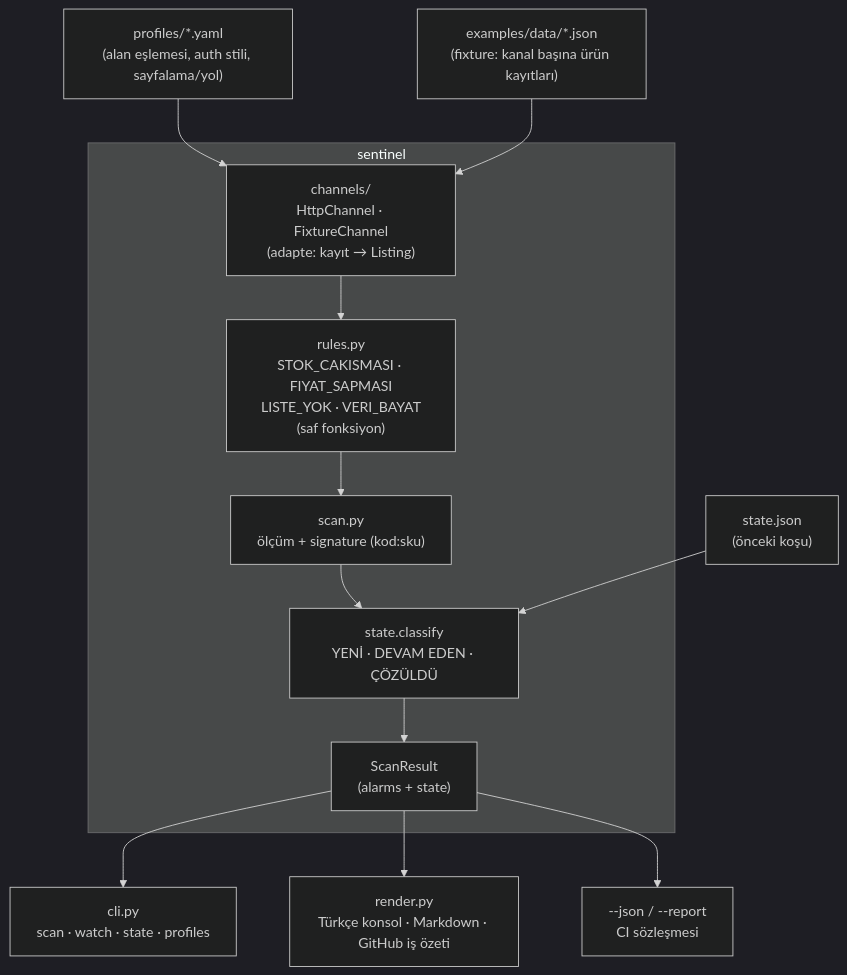
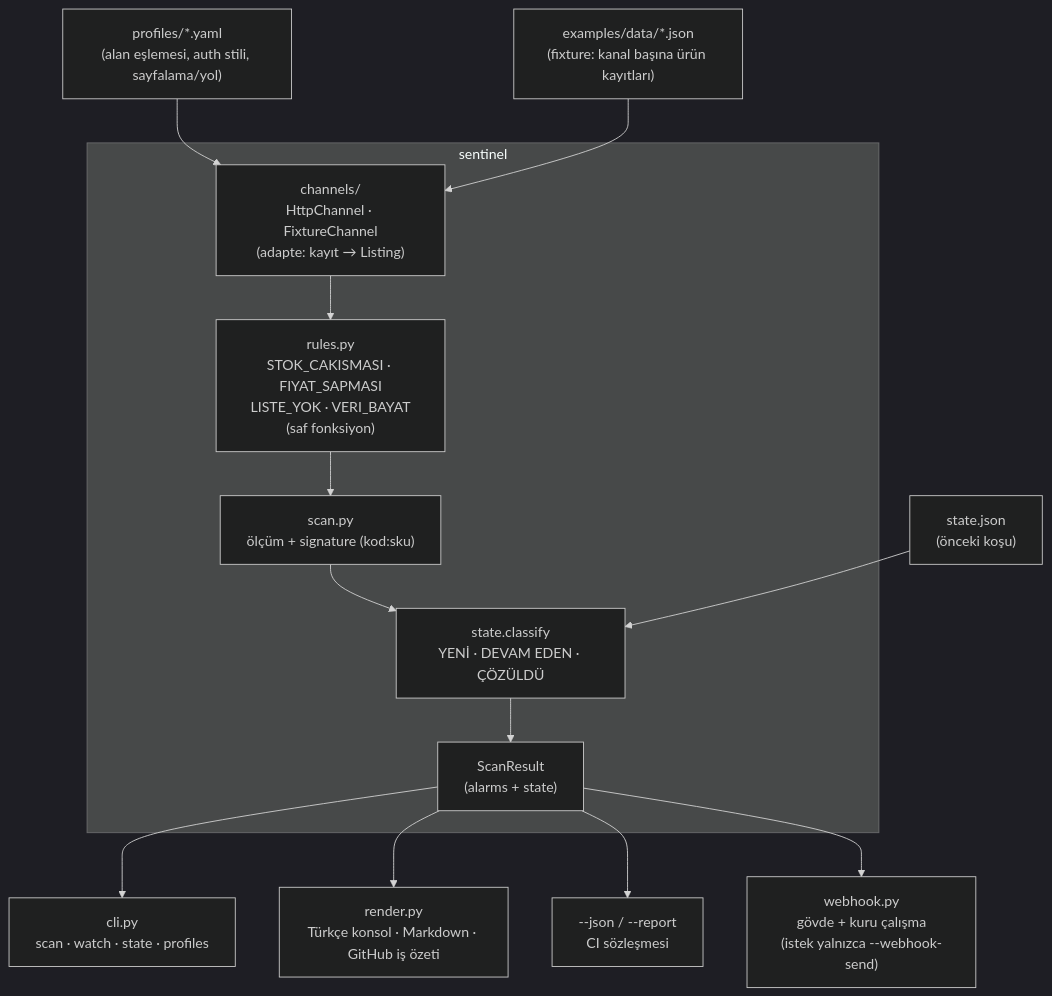
One commit to acar32furkan-glitch/marketplace-sentinel changed the diagram in docs/architecture.md. Above: the diagram before and after it, drawn with Mermaid (dark theme). The commit also changed other lines of this file and 14 other files, not shown here.

First line of the commit message:
feat(webhook): alarm gövdesini kuru çalışma varsayılanıyla dışarı POST et

````diff
--- a/docs/architecture.md
+++ b/docs/architecture.md
@@ -7,18 +9,19 @@
 ```mermaid
 flowchart TD
     prof["profiles/*.yaml<br/>(alan eşlemesi, auth stili, sayfalama/yol)"] --> ch
     fx["examples/data/*.json<br/>(fixture: kanal başına ürün kayıtları)"] --> ch
 
     subgraph core["sentinel"]
         ch["channels/<br/>HttpChannel · FixtureChannel<br/>(adapte: kayıt → Listing)"]
         ch --> rules["rules.py<br/>STOK_CAKISMASI · FIYAT_SAPMASI<br/>LISTE_YOK · VERI_BAYAT<br/>(saf fonksiyon)"]
         rules --> scan["scan.py<br/>ölçüm + signature (kod:sku)"]
         scan --> classify["state.classify<br/>YENİ · DEVAM EDEN · ÇÖZÜLDÜ"]
         classify --> result["ScanResult<br/>(alarms + state)"]
     end
 
     st["state.json<br/>(önceki koşu)"] --> classify
     result --> cli["cli.py<br/>scan · watch · state · profiles"]
     result --> render["render.py<br/>Türkçe konsol · Markdown · GitHub iş özeti"]
     result --> json["--json / --report<br/>CI sözleşmesi"]
+    result --> wh["webhook.py<br/>gövde + kuru çalışma<br/>(istek yalnızca --webhook-send)"]
 ```
````
